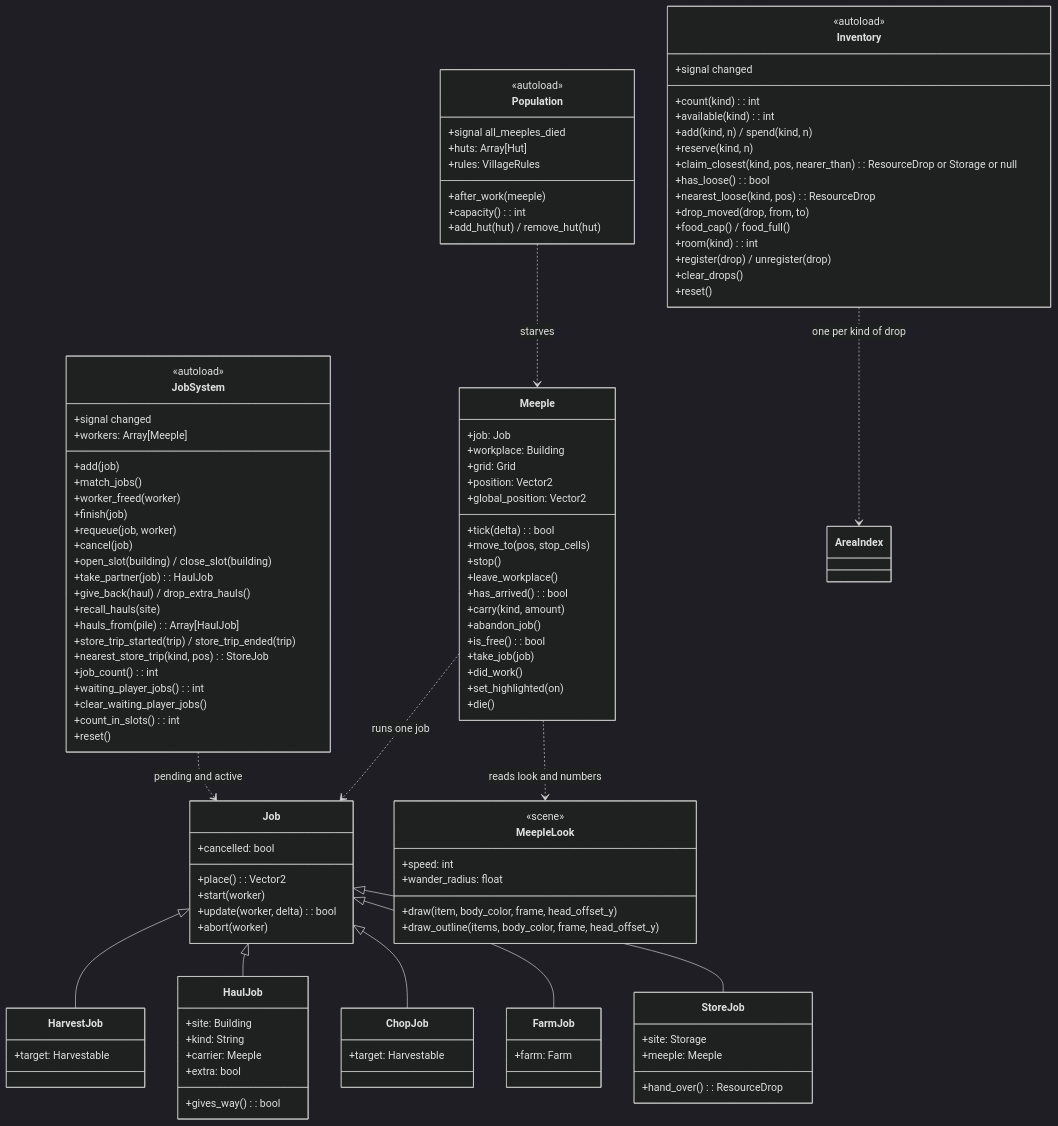
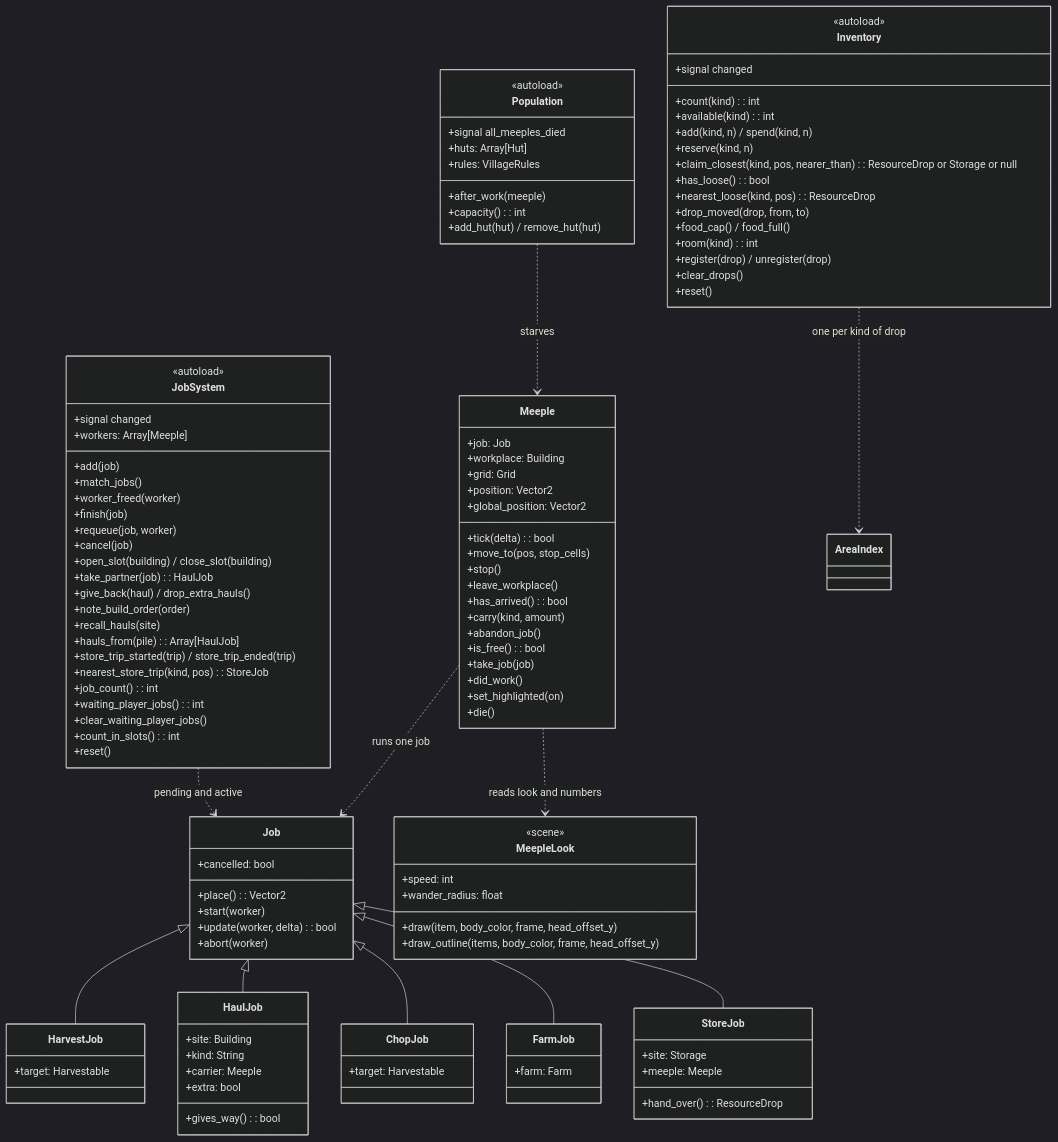
One commit to Liam-M-Mays/game-jam-2026 changed the tenth of 11 diagrams in docs/architecture.md. Above: the diagram before and after it, drawn with Mermaid (dark theme). The commit also changed other lines of this file and 4 other files, not shown here.

```diff
--- a/docs/architecture.md
+++ b/docs/architecture.md
@@ -654,6 +655,7 @@
         +open_slot(building) / close_slot(building)
         +take_partner(job): HaulJob
         +give_back(haul) / drop_extra_hauls()
+        +note_build_order(order)
         +recall_hauls(site)
         +hauls_from(pile): Array[HaulJob]
         +store_trip_started(trip) / store_trip_ended(trip)
```
